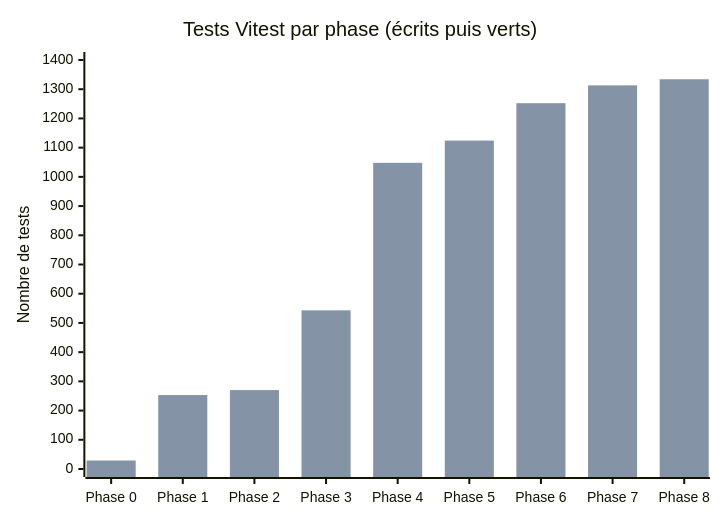
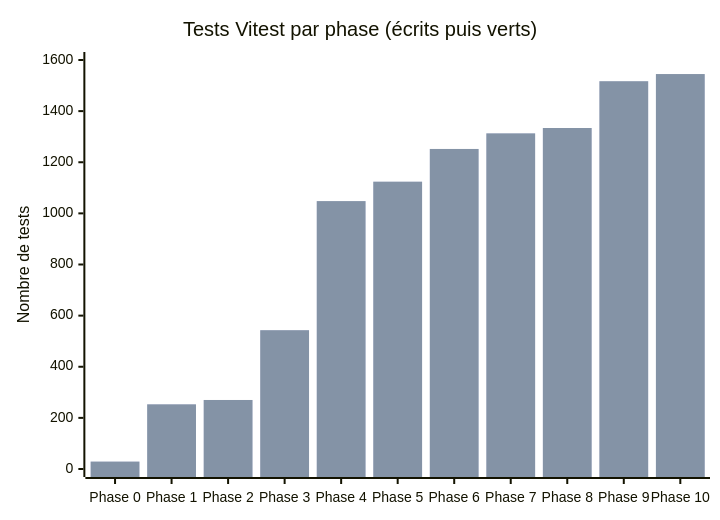
The fifth of 5 diagrams in docs/reports/TABLEAU-DE-BORD.md (lyon32/lyonpanel), drawn with Mermaid before and after one commit. The commit also changed other lines of this file and 10 other files, not shown here.

````diff
--- a/docs/reports/TABLEAU-DE-BORD.md
+++ b/docs/reports/TABLEAU-DE-BORD.md
@@ -129,8 +131,8 @@
 ```mermaid
 xychart-beta
   title "Tests Vitest par phase (écrits puis verts)"
-  x-axis ["Phase 0", "Phase 1", "Phase 2", "Phase 3", "Phase 4", "Phase 5", "Phase 6", "Phase 7", "Phase 8"]
-  y-axis "Nombre de tests" 0 --> 1400
-  bar [29, 253, 270, 543, 1048, 1124, 1252, 1313, 1334]
-  bar [29, 253, 270, 543, 1048, 1124, 1252, 1313, 1334]
+  x-axis ["Phase 0", "Phase 1", "Phase 2", "Phase 3", "Phase 4", "Phase 5", "Phase 6", "Phase 7", "Phase 8", "Phase 9", "Phase 10"]
+  y-axis "Nombre de tests" 0 --> 1600
+  bar [29, 253, 270, 543, 1048, 1124, 1252, 1313, 1334, 1517, 1545]
+  bar [29, 253, 270, 543, 1048, 1124, 1252, 1313, 1334, 1517, 1545]
 ```
````
